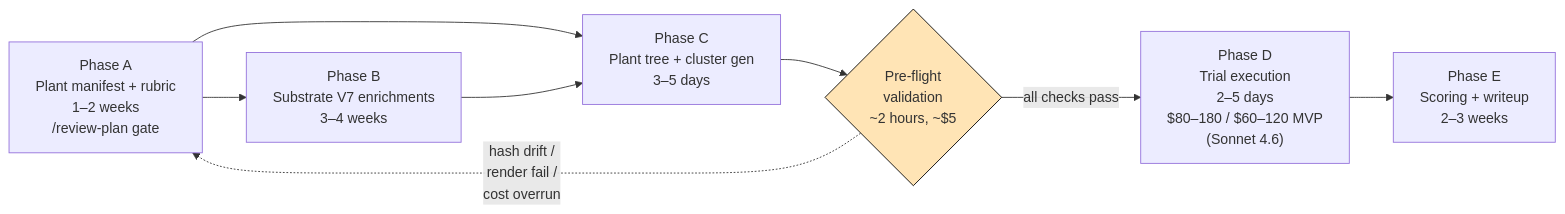
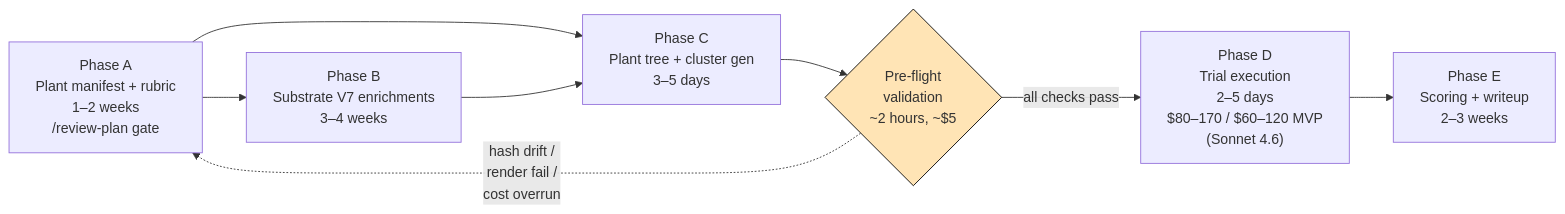
One commit to jakebromberg/code-audit-pipeline changed the second of 2 diagrams in docs/refactor-recommendation-experiment-methodology.md. Above: the diagram before and after it, drawn with Mermaid. The commit also changed other lines of this file, not shown here.

First line of the commit message:
docs: fix single-tier vs two-tier cost-narrative inversion in Phase D

````diff
--- a/docs/refactor-recommendation-experiment-methodology.md
+++ b/docs/refactor-recommendation-experiment-methodology.md
@@ -787,20 +787,20 @@
 ```mermaid
 flowchart LR
     A["Phase A<br/>Plant manifest + rubric<br/>1–2 weeks<br/>/review-plan gate"]
     B["Phase B<br/>Substrate V7 enrichments<br/>3–4 weeks"]
     C["Phase C<br/>Plant tree + cluster gen<br/>3–5 days"]
     PF{"Pre-flight<br/>validation<br/>~2 hours, ~$5"}
-    D["Phase D<br/>Trial execution<br/>2–5 days<br/>$80–180 / $60–120 MVP<br/>(Sonnet 4.6)"]
+    D["Phase D<br/>Trial execution<br/>2–5 days<br/>$80–170 / $60–120 MVP<br/>(Sonnet 4.6)"]
     E["Phase E<br/>Scoring + writeup<br/>2–3 weeks"]
 
     A --> B
     A --> C
     B --> C
     C --> PF
     PF -->|all checks pass| D
     PF -.->|hash drift /<br/>render fail /<br/>cost overrun| A
     D --> E
 
     classDef gate fill:#ffe4b5,stroke:#000
     class PF gate
 ```
````
